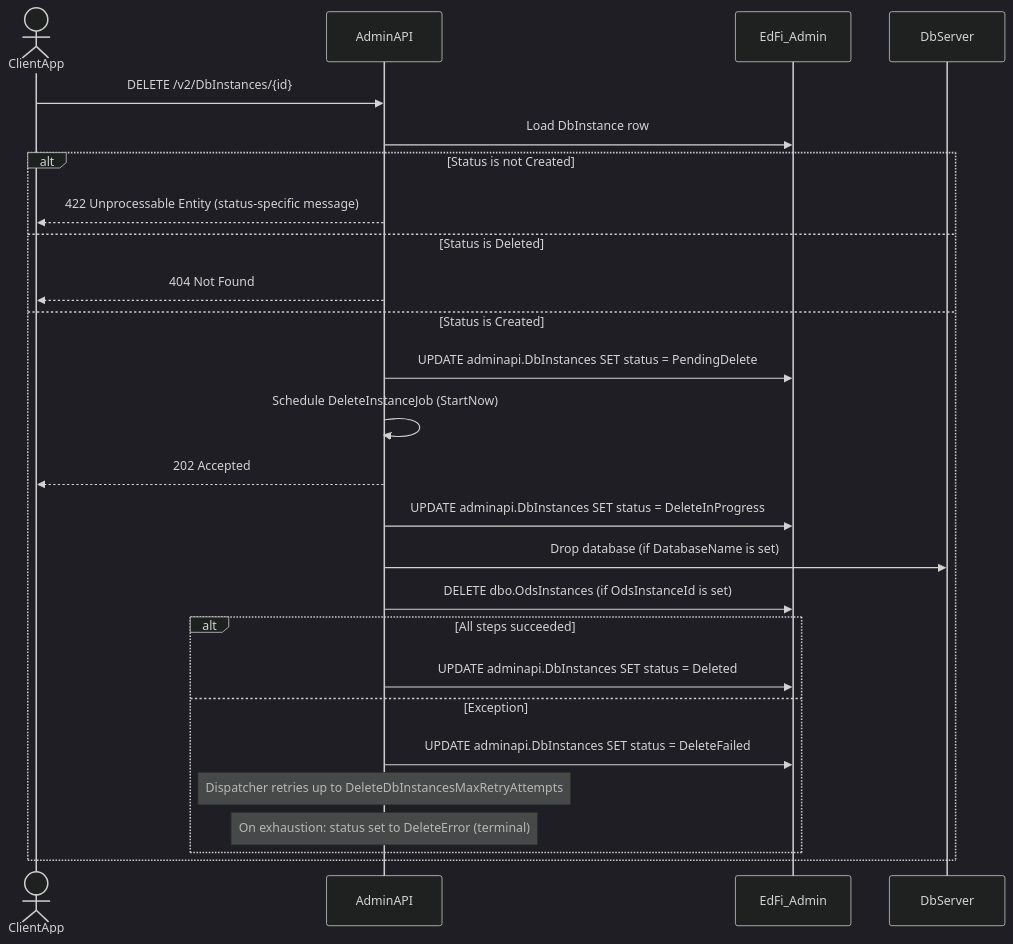
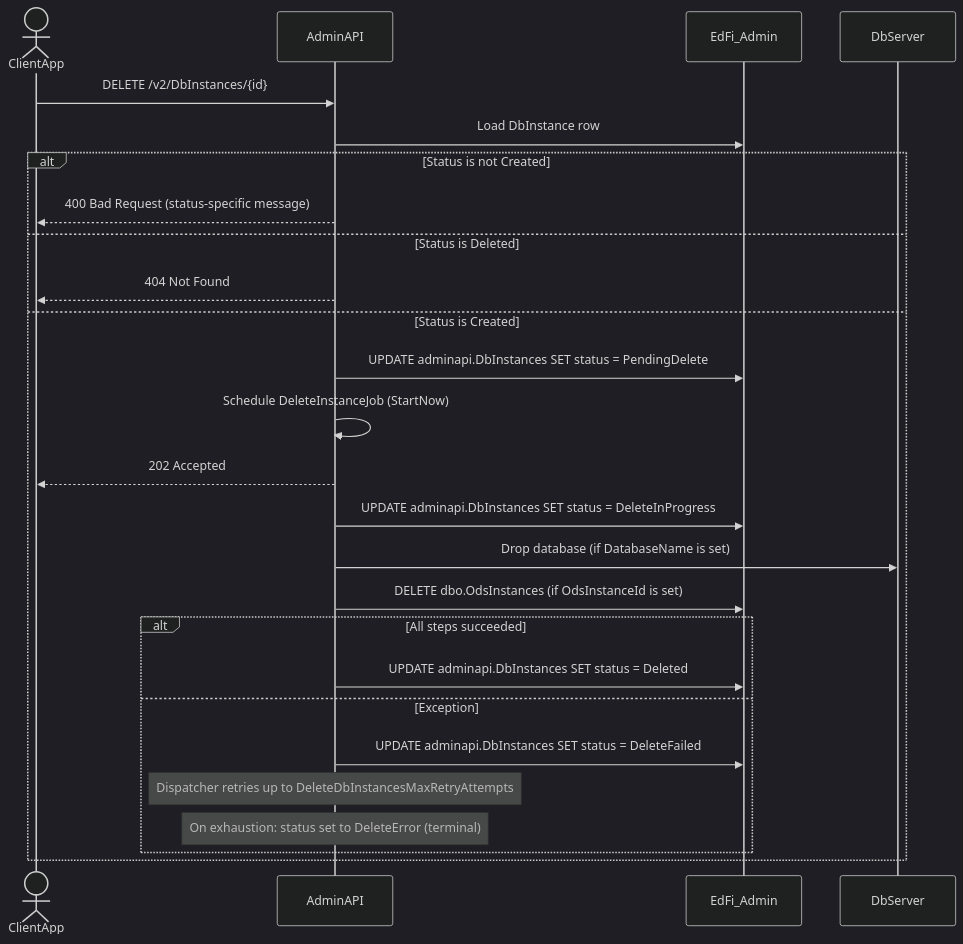
Before and after one commit to Ed-Fi-Alliance-OSS/ODS-Admin-API: the third of 3 diagrams in docs/design/INSTANCE-MANAGEMENT.md, drawn with Mermaid (dark theme). The commit also changed other lines of this file and 5 other files, not shown here.

````diff
--- a/docs/design/INSTANCE-MANAGEMENT.md
+++ b/docs/design/INSTANCE-MANAGEMENT.md
@@ -195,29 +195,29 @@
 ```mermaid
 sequenceDiagram
   actor ClientApp
   participant AdminAPI
   participant EdFi_Admin
   participant DbServer
 
   ClientApp ->> AdminAPI: DELETE /v2/DbInstances/{id}
   AdminAPI ->> EdFi_Admin: Load DbInstance row
   alt Status is not Created
-    AdminAPI -->> ClientApp: 422 Unprocessable Entity (status-specific message)
+    AdminAPI -->> ClientApp: 400 Bad Request (status-specific message)
   else Status is Deleted
     AdminAPI -->> ClientApp: 404 Not Found
   else Status is Created
     AdminAPI ->> EdFi_Admin: UPDATE adminapi.DbInstances SET status = PendingDelete
     AdminAPI ->> AdminAPI: Schedule DeleteInstanceJob (StartNow)
     AdminAPI -->> ClientApp: 202 Accepted
     AdminAPI ->> EdFi_Admin: UPDATE adminapi.DbInstances SET status = DeleteInProgress
     AdminAPI ->> DbServer: Drop database (if DatabaseName is set)
     AdminAPI ->> EdFi_Admin: DELETE dbo.OdsInstances (if OdsInstanceId is set)
     alt All steps succeeded
       AdminAPI ->> EdFi_Admin: UPDATE adminapi.DbInstances SET status = Deleted
     else Exception
       AdminAPI ->> EdFi_Admin: UPDATE adminapi.DbInstances SET status = DeleteFailed
       Note over AdminAPI: Dispatcher retries up to DeleteDbInstancesMaxRetryAttempts
       Note over AdminAPI: On exhaustion: status set to DeleteError (terminal)
     end
   end
 ```
````
